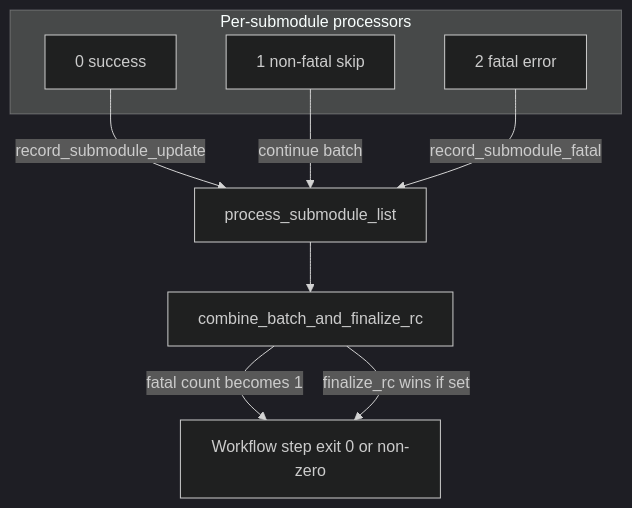
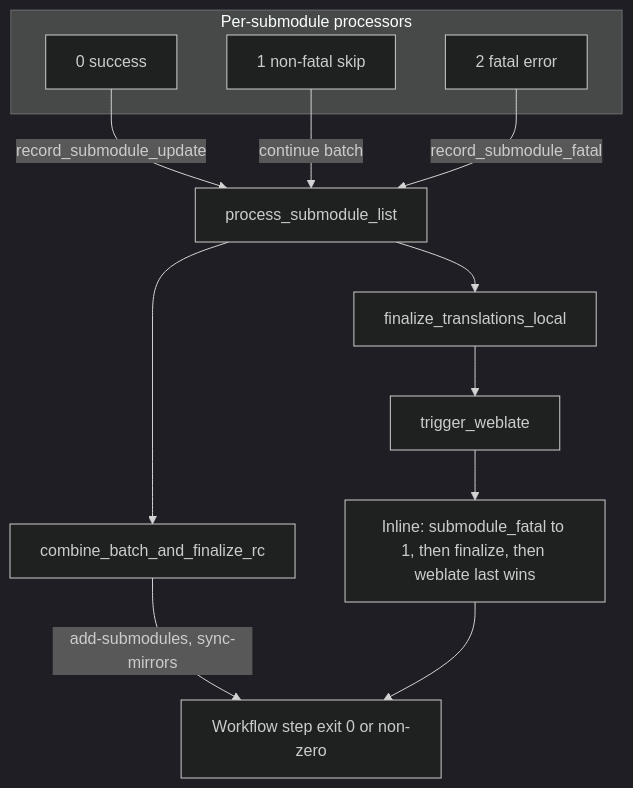
One commit to cppalliance/boost-docs-translation changed the second of 2 diagrams in docs/ARCHITECTURE.md. Above: the diagram before and after it, drawn with Mermaid (dark theme).

Commit message:
fix the first reviewer comment

````diff
--- a/docs/ARCHITECTURE.md
+++ b/docs/ARCHITECTURE.md
@@ -157,18 +157,22 @@
 ```mermaid
 flowchart TD
   subgraph processors [Per-submodule processors]
     A0["0 success"]
     A1["1 non-fatal skip"]
     A2["2 fatal error"]
   end
   PSL[process_submodule_list]
   CB[combine_batch_and_finalize_rc]
+  FTL[finalize_translations_local]
+  TW[trigger_weblate]
+  Compose["Inline: submodule_fatal to 1, then finalize, then weblate last wins"]
   JobExit["Workflow step exit 0 or non-zero"]
 
   A0 -->|"record_submodule_update"| PSL
   A1 -->|"continue batch"| PSL
   A2 -->|"record_submodule_fatal"| PSL
   PSL --> CB
-  CB -->|"fatal count becomes 1"| JobExit
-  CB -->|"finalize_rc wins if set"| JobExit
+  PSL --> FTL
+  CB -->|"add-submodules, sync-mirrors"| JobExit
+  FTL --> TW --> Compose --> JobExit
 ```
````
